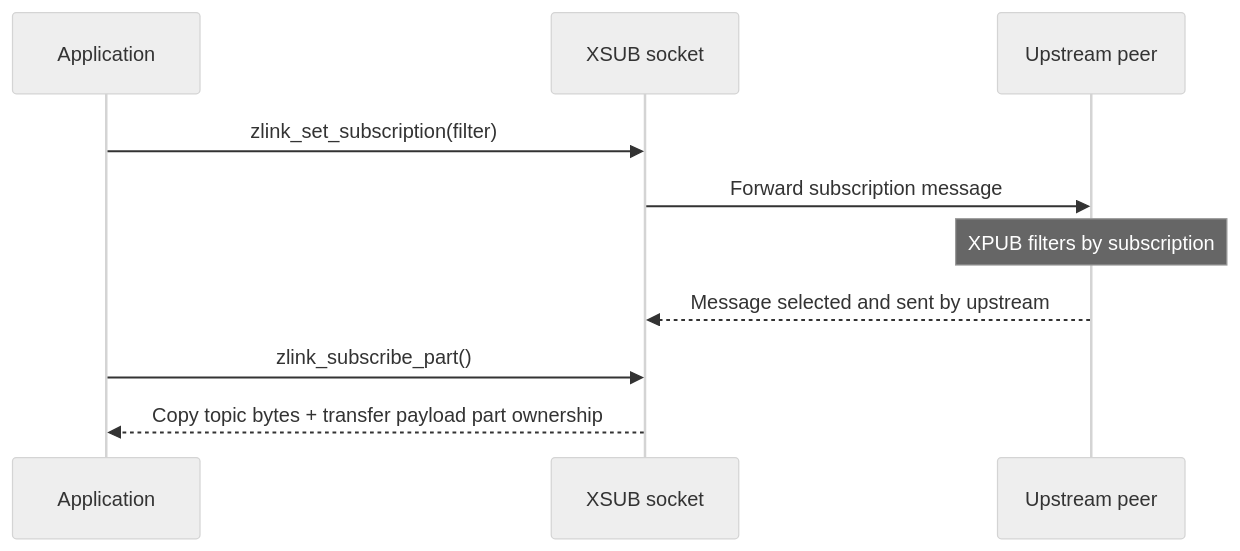
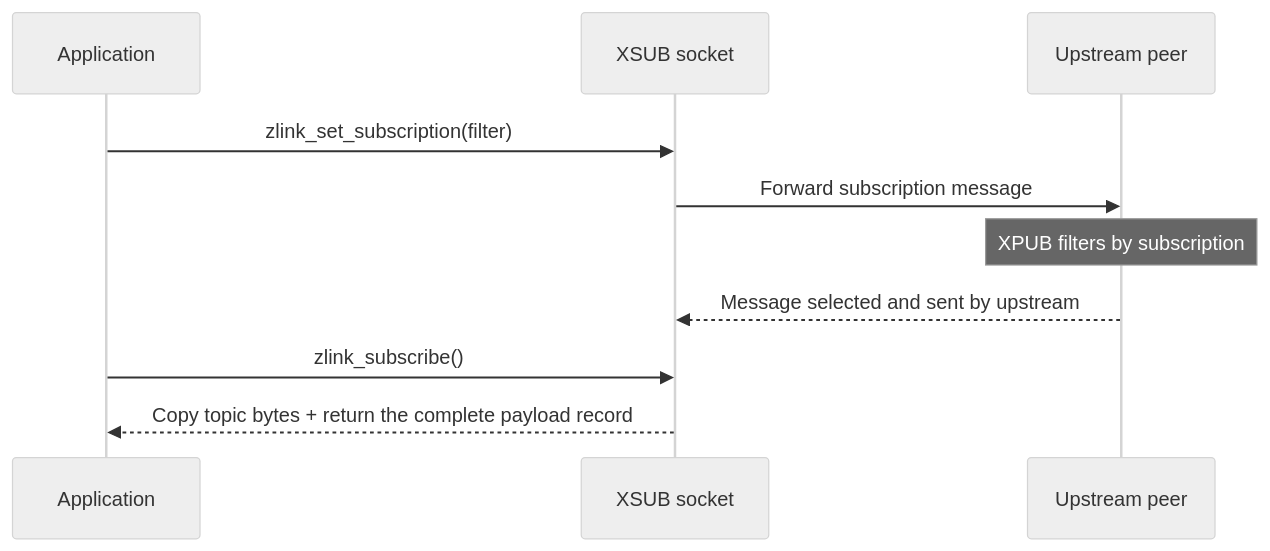
Before and after one commit to zlink-systems/zlink: the diagram in core/doc/spec/core/socket/05-xsub.en.md, drawn with Mermaid (neutral theme). The commit also changed other lines of this file and 34 other files, not shown here.

````diff
--- a/core/doc/spec/core/socket/05-xsub.en.md
+++ b/core/doc/spec/core/socket/05-xsub.en.md
@@ -59,12 +59,12 @@
 ```mermaid
 sequenceDiagram
     participant App as Application
     participant XSUB as XSUB socket
     participant Up as Upstream peer
     App->>XSUB: zlink_set_subscription(filter)
     XSUB->>Up: Forward subscription message
     Note over Up: XPUB filters by subscription
     Up-->>XSUB: Message selected and sent by upstream
-    App->>XSUB: zlink_subscribe_part()
-    XSUB-->>App: Copy topic bytes + transfer payload part ownership
+    App->>XSUB: zlink_subscribe()
+    XSUB-->>App: Copy topic bytes + return the complete payload record
 ```
````
